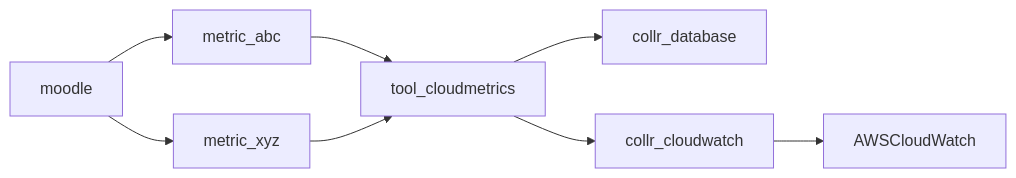
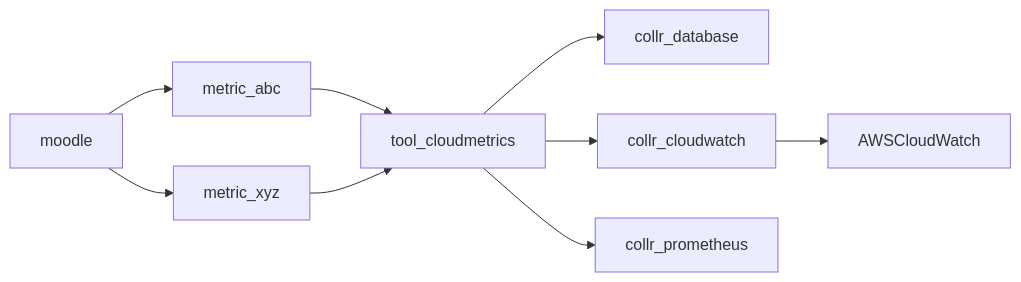
One commit to brendanheywood/moodle-tool_cloudmetrics changed the diagram in README.md. Above: the diagram before and after it, drawn with Mermaid. The commit also changed other lines of this file, not shown here.

````diff
--- a/README.md
+++ b/README.md
@@ -30,10 +30,11 @@
 ```mermaid
   graph LR;
       moodle-->metric_abc;
       moodle-->metric_xyz;
       metric_abc-->tool_cloudmetrics
       metric_xyz-->tool_cloudmetrics
       tool_cloudmetrics-->collr_database;
       tool_cloudmetrics-->collr_cloudwatch;
+      tool_cloudmetrics-->collr_prometheus;
       collr_cloudwatch-->AWSCloudWatch;
 ```
````
